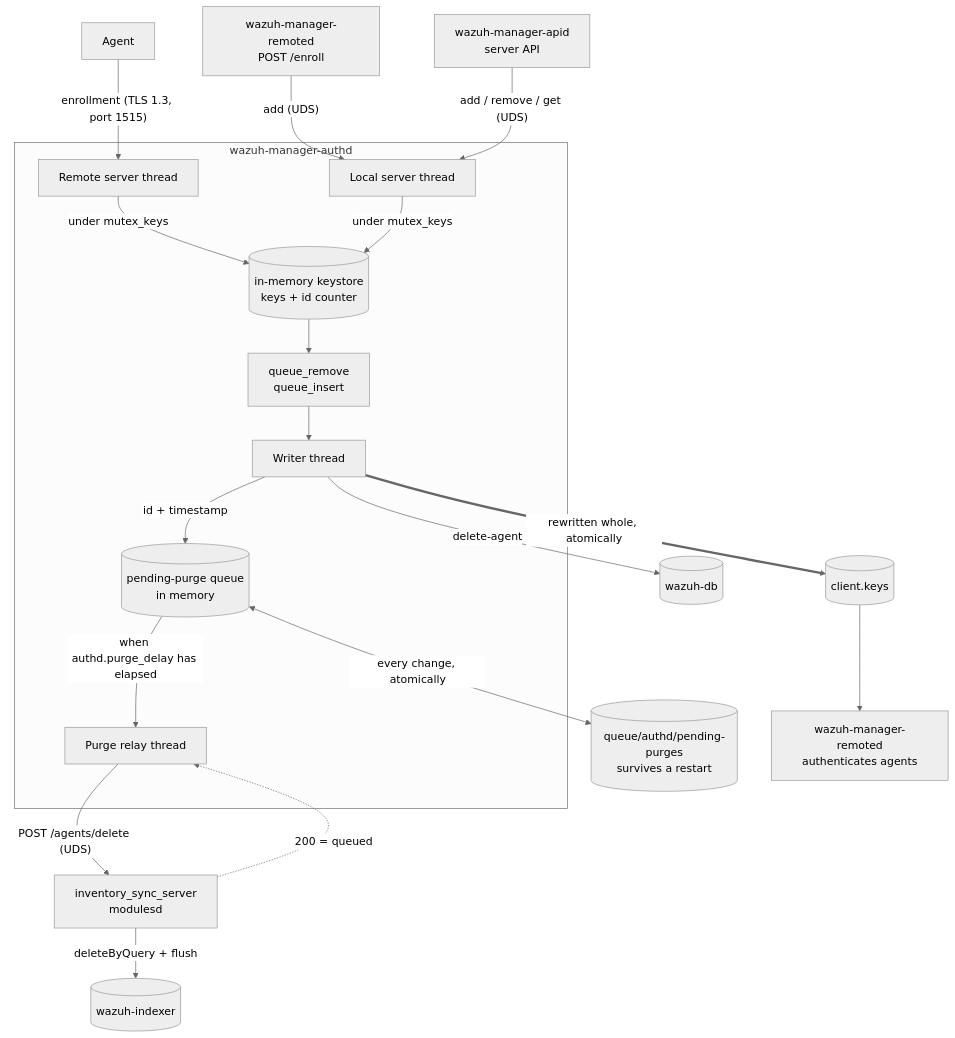
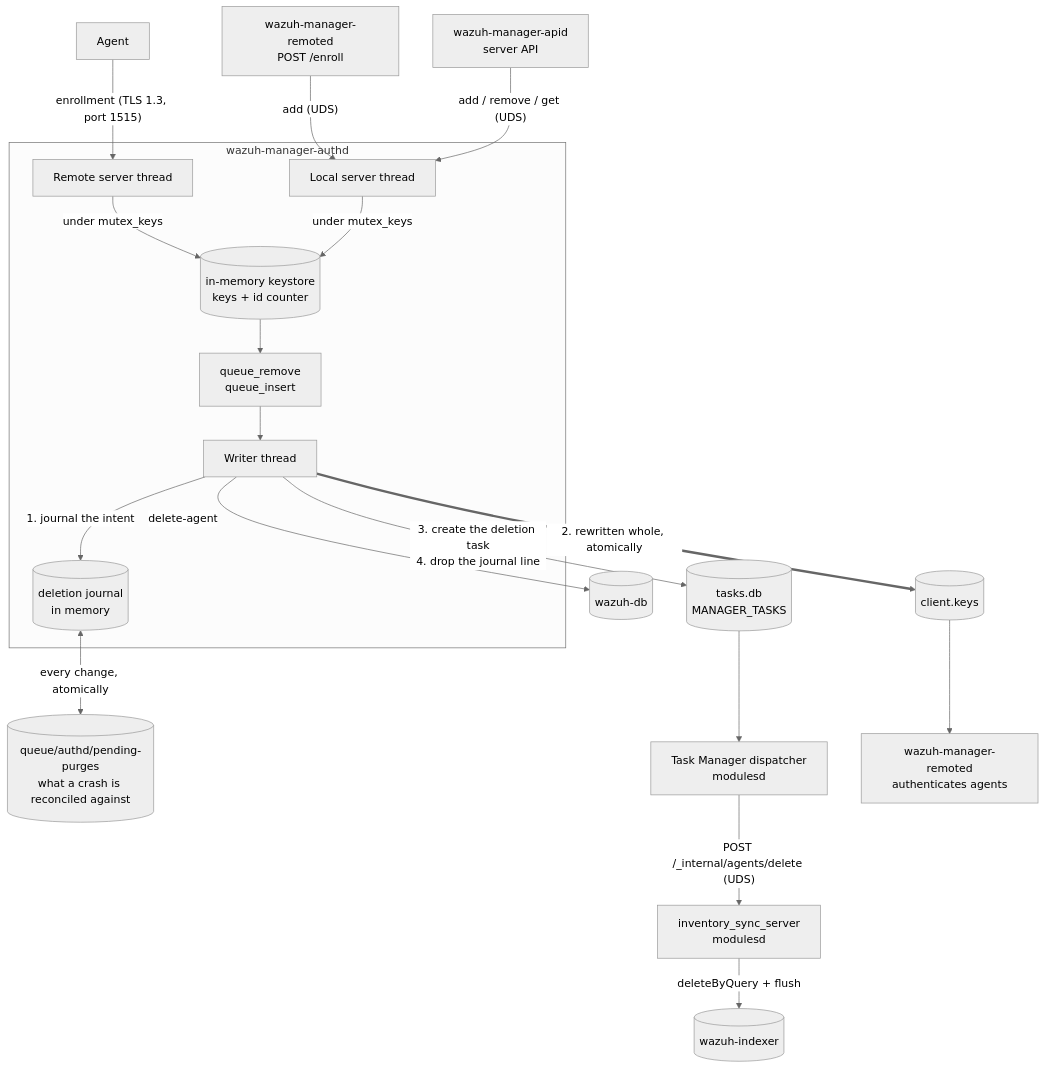
One commit to wazuh/wazuh changed the first of 8 diagrams in docs/ref/modules/authd/architecture.md. Above: the diagram before and after it, drawn with Mermaid (neutral theme). The commit also changed other lines of this file and 58 other files, not shown here.

Commit message:
feat: adapt delete agent to use new task manager

````diff
--- a/docs/ref/modules/authd/architecture.md
+++ b/docs/ref/modules/authd/architecture.md
@@ -11,32 +11,31 @@
 ```mermaid
 flowchart TB
     AG[Agent] -->|"enrollment (TLS 1.3, port 1515)"| REMS
     REM2[wazuh-manager-remoted\nPOST /enroll] -->|"add (UDS)"| LOCS
     API[wazuh-manager-apid\nserver API] -->|"add / remove / get (UDS)"| LOCS
 
     subgraph AUTHD["wazuh-manager-authd"]
         REMS[Remote server thread]
         LOCS[Local server thread]
         KS[(in-memory keystore\nkeys + id counter)]
         QR[queue_remove\nqueue_insert]
         WR[Writer thread]
-        PQ[(pending-purge queue\nin memory)]
-        RL[Purge relay thread]
+        PJ[(deletion journal\nin memory)]
 
         REMS -->|"under mutex_keys"| KS
         LOCS -->|"under mutex_keys"| KS
         KS --> QR
         QR --> WR
-        WR -->|"id + timestamp"| PQ
-        PQ -->|"when authd.purge_delay has elapsed"| RL
+        WR -->|"1. journal the intent"| PJ
     end
 
-    PQ <-->|"every change, atomically"| PF[(queue/authd/pending-purges\nsurvives a restart)]
+    PJ <-->|"every change, atomically"| PF[(queue/authd/pending-purges\nwhat a crash is reconciled against)]
 
-    WR ==>|"rewritten whole, atomically"| CK[(client.keys)]
+    WR ==>|"2. rewritten whole, atomically"| CK[(client.keys)]
     WR -->|"delete-agent"| WDB[(wazuh-db)]
-    RL -->|"POST /agents/delete (UDS)"| ISS[inventory_sync_server\nmodulesd]
-    ISS -.->|"200 = queued"| RL
+    WR -->|"3. create the deletion task\n4. drop the journal line"| MT[(tasks.db\nMANAGER_TASKS)]
+    MT --> DISP[Task Manager dispatcher\nmodulesd]
+    DISP -->|"POST /_internal/agents/delete (UDS)"| ISS[inventory_sync_server\nmodulesd]
     ISS -->|"deleteByQuery + flush"| IDX[(wazuh-indexer)]
     CK --> REMOTED[wazuh-manager-remoted\nauthenticates agents]
 ```
````
